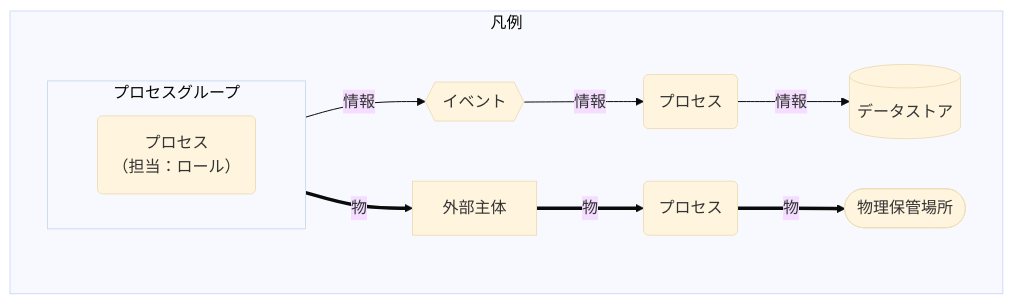
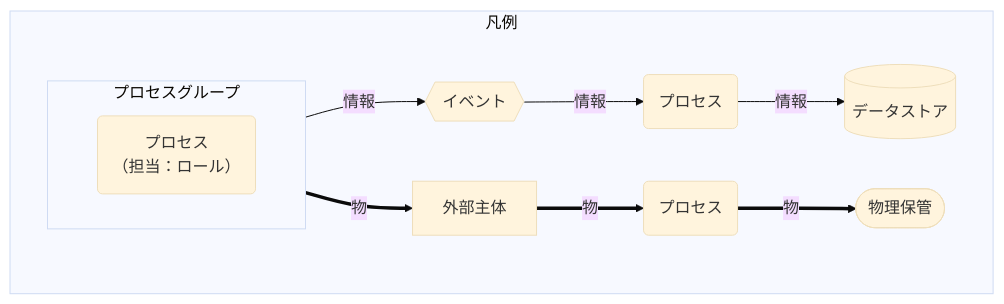
One commit to naoji3x/grandma-candy-shop changed diagram 14 of 14 in docs/project/010-業務仕様/010-概念データフロー図/mermaid-dfd-rules.md. Above: the diagram before and after it, drawn with Mermaid (base theme). The commit also changed other lines of this file and 5 other files, not shown here.

````diff
--- a/docs/project/010-業務仕様/010-概念データフロー図/mermaid-dfd-rules.md
+++ b/docs/project/010-業務仕様/010-概念データフロー図/mermaid-dfd-rules.md
@@ -245,21 +245,20 @@
 ```mermaid
 flowchart LR
-  subgraph 凡例[凡例]
+  subgraph 凡例["凡例"]
       direction LR
-      subgraph グループ[プロセスグループ]
+      subgraph グループ["プロセスグループ"]
         direction LR
-        処理1(プロセス<br>（担当：ロール）)
+        処理1("プロセス<br>（担当：ロール）")
       end
 
-      処理3(プロセス)
-      処理4(プロセス)
-      データストア[(データストア)]
-      物理保管場所([物理保管場所])
-      外部主体[外部主体]
-      イベント{{イベント}}
+      処理3("プロセス")
+      処理4("プロセス")
+      データストア[("データストア")]
+      物理保管(["物理保管"])
+      外部主体["外部主体"]
+      イベント{{"イベント"}}
 
-      処理1 -->|情報| イベント -->|情報| 処理3 -->|情報| データストア
-      処理1 ==>|物| 外部主体 ==>|物| 処理4 ==>|物| 物理保管場所
+      処理1 -->|"情報"| イベント -->|"情報"| 処理3 -->|"情報"| データストア
+      処理1 ==>|"物"| 外部主体 ==>|"物"| 処理4 ==>|"物"| 物理保管
   end
-  classDef invisibleNode fill:none,stroke:none,color:inherit;
 ```
````
